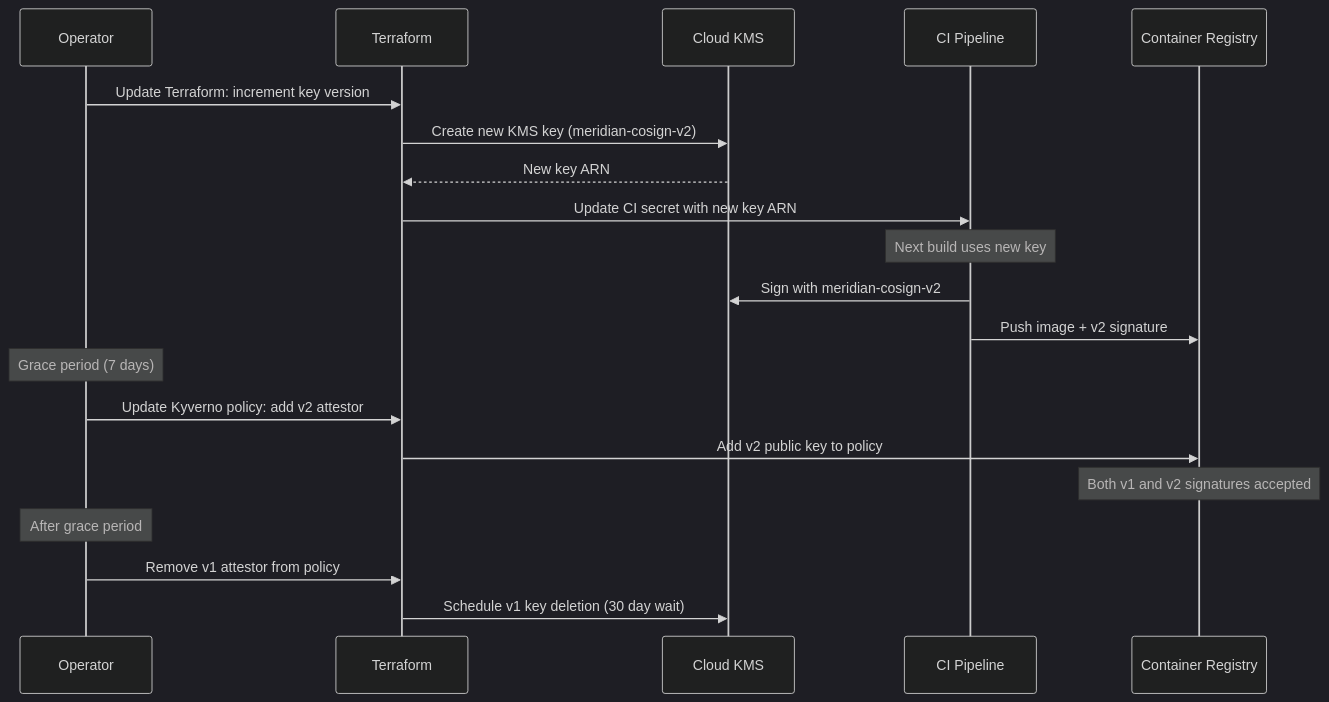
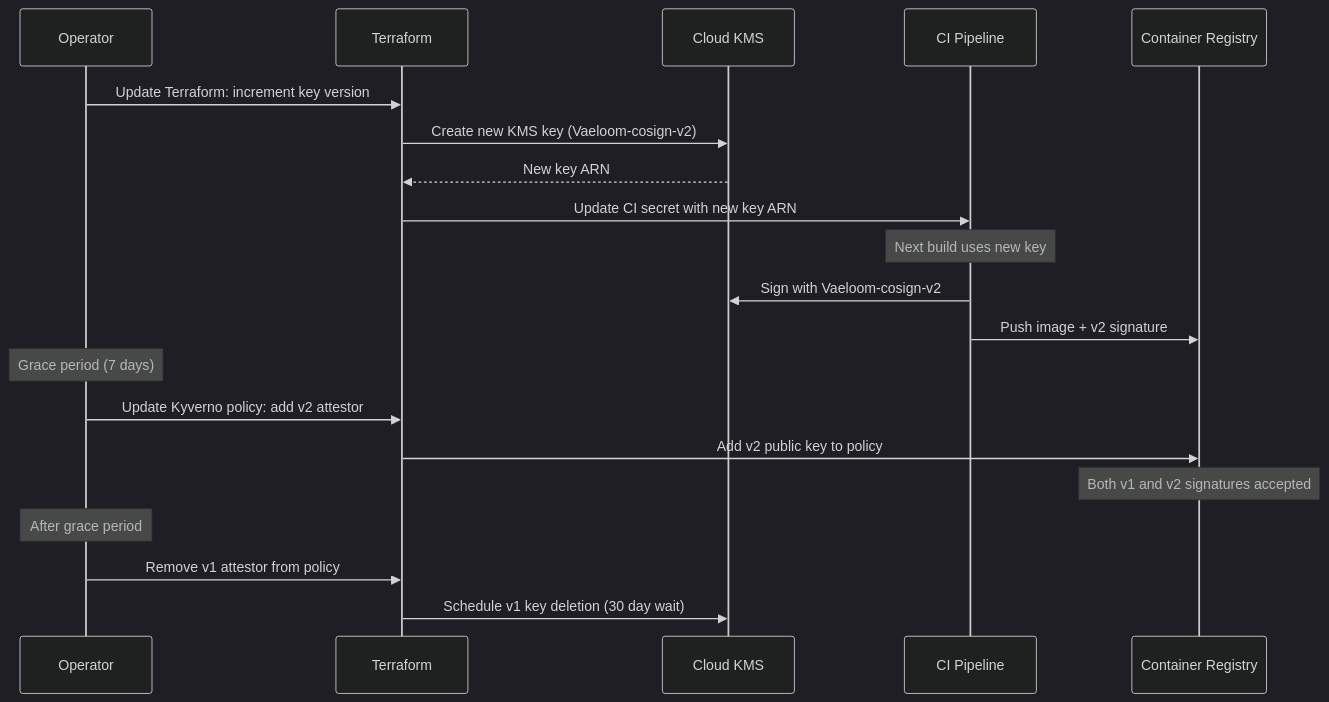
The second of 2 diagrams in Docs/DevOps/Container-Signing.md (Driftloom/Vaeloom), drawn with Mermaid (dark theme) before and after one commit. The commit also changed other lines of this file and 249 other files, not shown here.

Commit message:
Rename all references from Meridian to Vaeloom across docs, scripts, and config

````diff
--- a/Docs/DevOps/Container-Signing.md
+++ b/Docs/DevOps/Container-Signing.md
@@ -150,26 +150,26 @@
 ```mermaid
 sequenceDiagram
     participant OP as Operator
     participant TF as Terraform
     participant KMS as Cloud KMS
     participant CI as CI Pipeline
     participant REG as Container Registry
 
     OP->>TF: Update Terraform: increment key version
-    TF->>KMS: Create new KMS key (meridian-cosign-v2)
+    TF->>KMS: Create new KMS key (Vaeloom-cosign-v2)
     KMS-->>TF: New key ARN
     TF->>CI: Update CI secret with new key ARN
 
     Note over CI: Next build uses new key
-    CI->>KMS: Sign with meridian-cosign-v2
+    CI->>KMS: Sign with Vaeloom-cosign-v2
     CI->>REG: Push image + v2 signature
 
     Note over OP: Grace period (7 days)
     OP->>TF: Update Kyverno policy: add v2 attestor
     TF->>REG: Add v2 public key to policy
     Note over REG: Both v1 and v2 signatures accepted
 
     Note over OP: After grace period
     OP->>TF: Remove v1 attestor from policy
     TF->>KMS: Schedule v1 key deletion (30 day wait)
 ```
````
